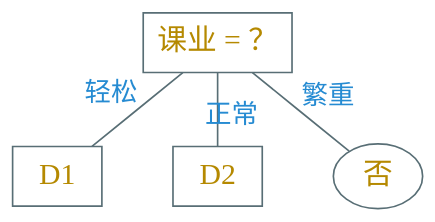
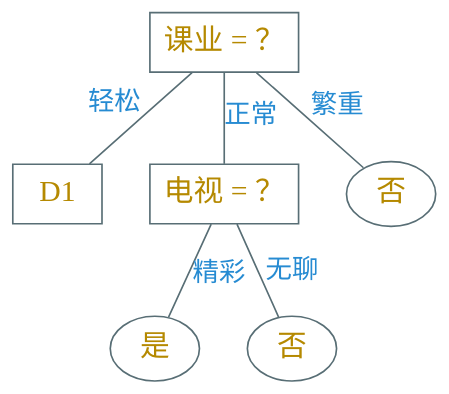
The second of 2 diagrams in slides/temp.md (Avanti1980/course-ml), drawn with Graphviz before and after one commit. The commit also changed other lines of this file and 4 other files, not shown here.

````diff
--- a/slides/temp.md
+++ b/slides/temp.md
@@ -101,15 +109,19 @@
-```dot {.left10per .top0}
+```dot {.left60per .top-57per}
 digraph g {
-    graph [nodesep=0.6, ranksep=0.6]
+    graph [nodesep=0.4, ranksep=0.5]
     bgcolor="transparent"
     node [shape=box color="#586e75" fontcolor="#b58900" fontsize=18 fontname="Ysabeau,LXGWWenKai"]
     edge [color="#586e75" fontcolor="#268bd2" fontsize=16 fontname="Ysabeau,LXGWWenKai" arrowhead=none]
 
     "课业 = ？" -> "D1" [xlabel="轻松"]
-    "课业 = ？" -> "D2" [headlabel="正常" labeldistance=2]
+    "课业 = ？" -> "电视 = ？" [label="正常"]
 
     node [shape=ellipse]
 
-    "课业 = ？" -> "否" [xlabel="繁重"]
+    "课业 = ？" -> "否" [headlabel="繁重" labeldistance=4]
+    "电视 = ？" -> "是" [headlabel="精彩" labeldistance=4]
+
+    n2 [label="否"]
+    "电视 = ？" -> n2 [label="无聊"]
 }
 ```
````
